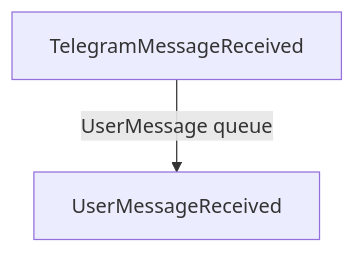
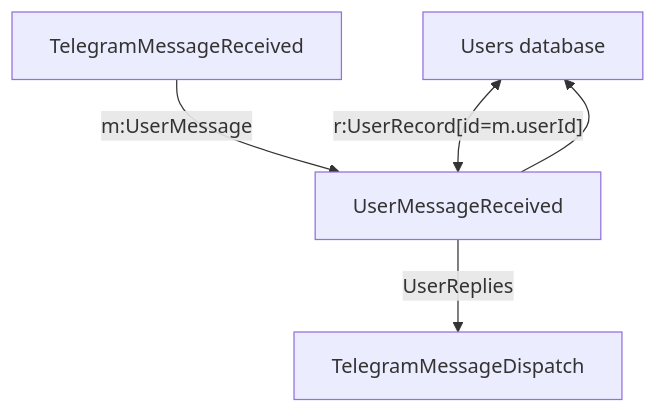
The diagram in doc/src/architecture/queues_and_functions.md (nikomatsakis/mnemosyne), drawn with Mermaid before and after one commit. The commit also changed other lines of this file and 5 other files, not shown here.

````diff
--- a/doc/src/architecture/queues_and_functions.md
+++ b/doc/src/architecture/queues_and_functions.md
@@ -1,4 +9,8 @@
 ```mermaid
 graph TD;
-  TelegramMessageReceived --UserMessage queue--> UserMessageReceived;
+  UsersDb["Users database"];
+  TelegramMessageReceived --"m:UserMessage"--> UserMessageReceived;
+  UsersDb <--"r:UserRecord[id=m.userId]"--> UserMessageReceived;
+  UserMessageReceived --> UsersDb;
+  UserMessageReceived --"UserReplies"--> TelegramMessageDispatch;
 ```
````
